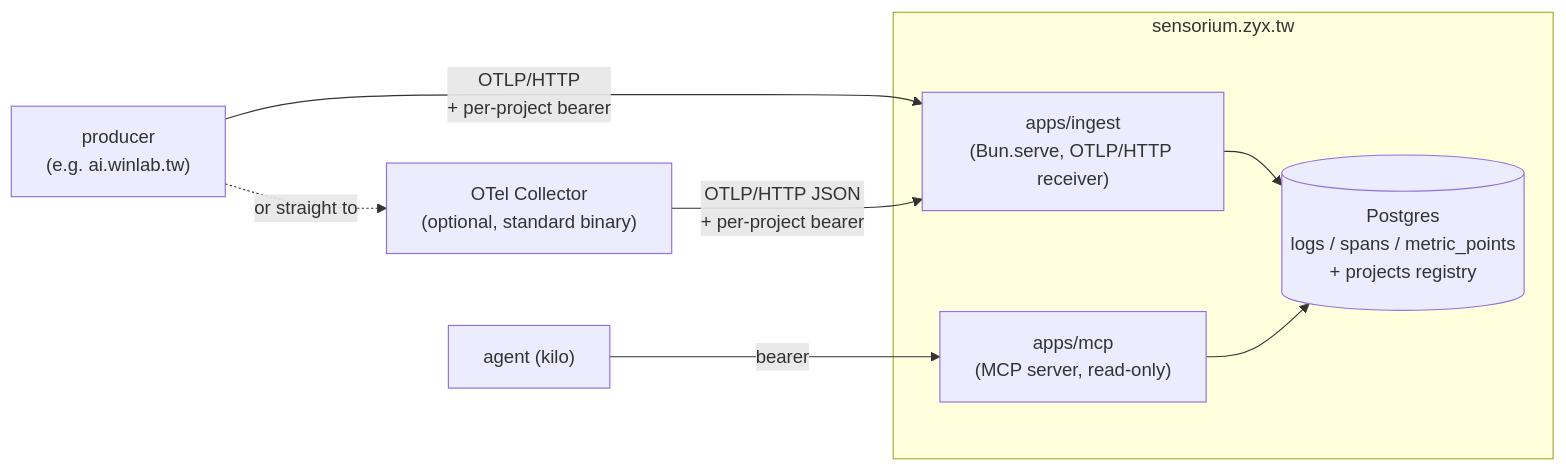
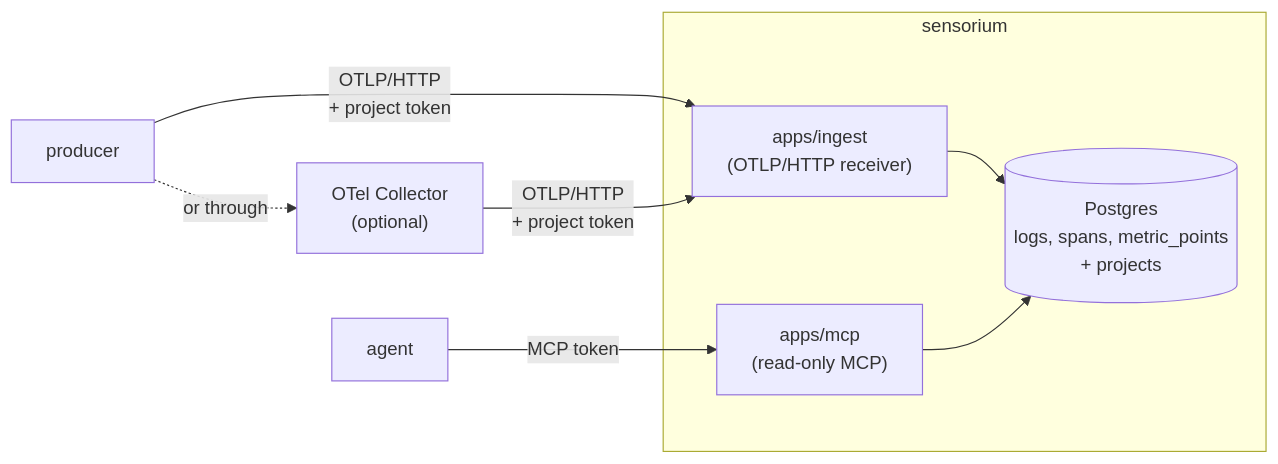
Before and after one commit to zyx1121/sensorium: the diagram in README.md, drawn with Mermaid. The commit also changed other lines of this file and 15 other files, not shown here.

````diff
--- a/README.md
+++ b/README.md
@@ -9,13 +126,13 @@
 ```mermaid
 flowchart LR
-    producer["producer\n(e.g. ai.winlab.tw)"] -->|"OTLP/HTTP\n+ per-project bearer"| ingest
-    collector["OTel Collector\n(optional, standard binary)"] -->|"OTLP/HTTP JSON\n+ per-project bearer"| ingest
-    producer -.->|"or straight to"| collector
+    producer["producer"] -->|"OTLP/HTTP\n+ project token"| ingest
+    collector["OTel Collector\n(optional)"] -->|"OTLP/HTTP\n+ project token"| ingest
+    producer -.->|"or through"| collector
 
-    subgraph sensorium.zyx.tw
-        ingest["apps/ingest\n(Bun.serve, OTLP/HTTP receiver)"] --> pg[("Postgres\nlogs / spans / metric_points\n+ projects registry")]
-        mcp["apps/mcp\n(MCP server, read-only)"] --> pg
+    subgraph sensorium
+        ingest["apps/ingest\n(OTLP/HTTP receiver)"] --> pg[("Postgres\nlogs, spans, metric_points\n+ projects")]
+        mcp["apps/mcp\n(read-only MCP)"] --> pg
     end
 
-    agent["agent (kilo)"] -->|"bearer"| mcp
+    agent["agent"] -->|"MCP token"| mcp
 ```
````
